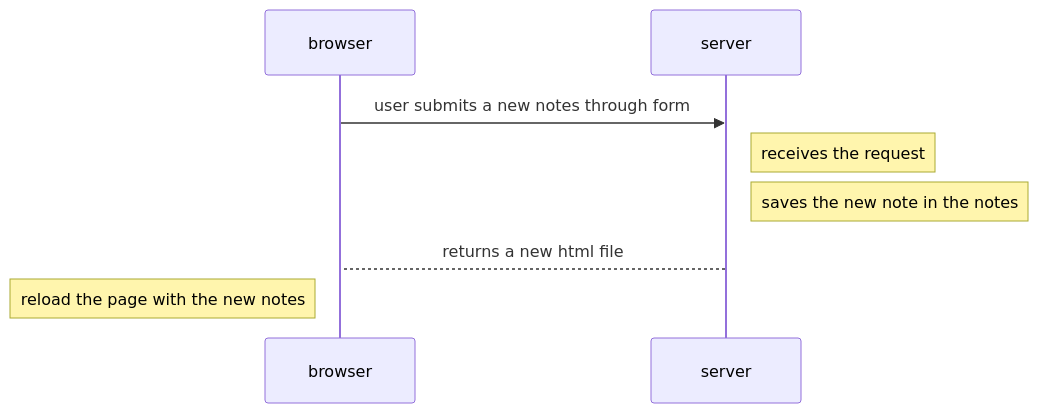
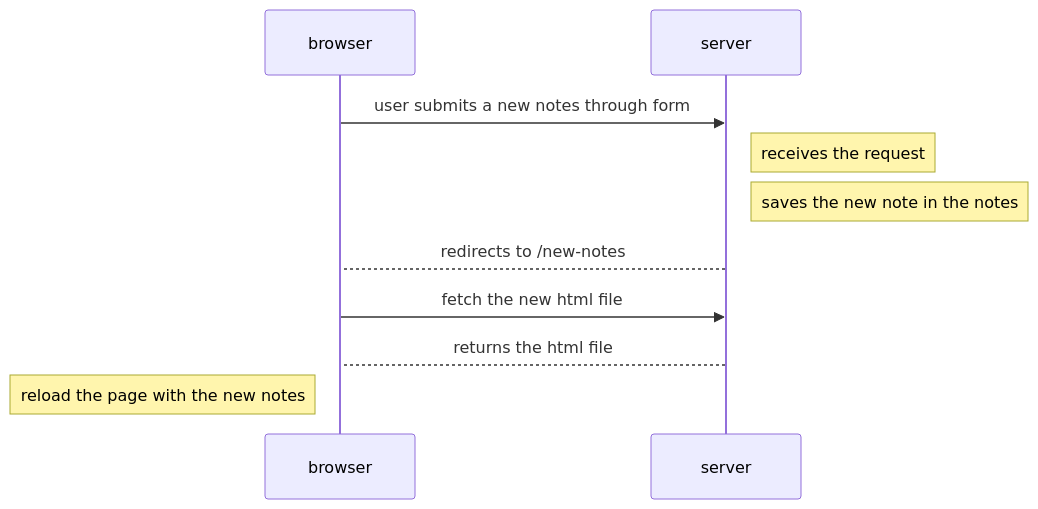
One commit to LeejanAlipio/fullstackopen changed the diagram in part-0/0.4 - New Note Diagram/README.md. Above: the diagram before and after it, drawn with Mermaid.

Commit message:
docs: update sequence diagram for new note submission flow

````diff
--- a/part-0/0.4 - New Note Diagram/README.md
+++ b/part-0/0.4 - New Note Diagram/README.md
@@ -4,8 +4,10 @@
 ```mermaid
 sequenceDiagram
   browser->>server: user submits a new notes through form
   Note right of server: receives the request
   Note right of server: saves the new note in the notes
-  server-->browser: returns a new html file
+  server-->browser: redirects to /new-notes
+  browser->>server: fetch the new html file
+  server-->browser: returns the html file
   note left of browser: reload the page with the new notes
 ```
````
